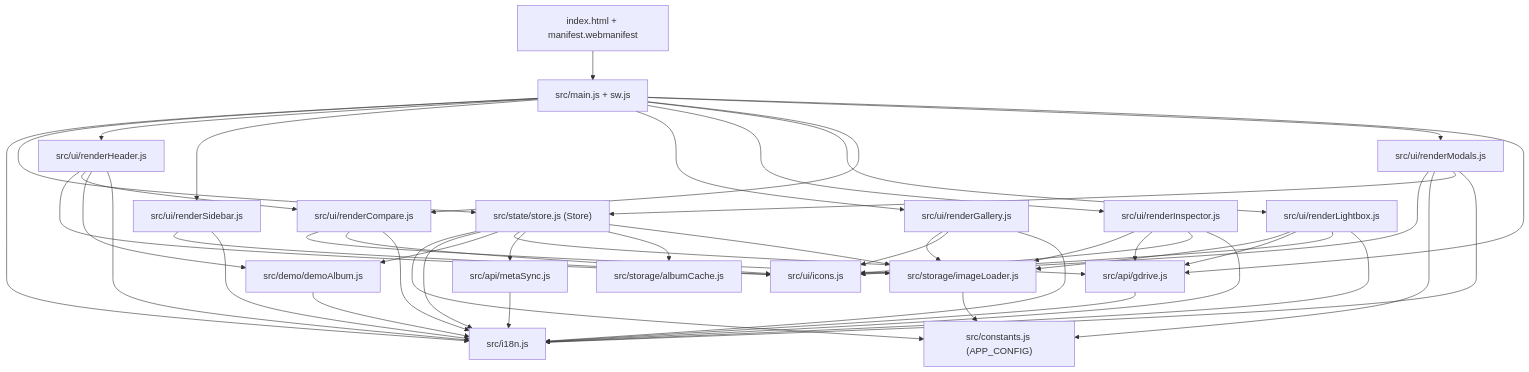
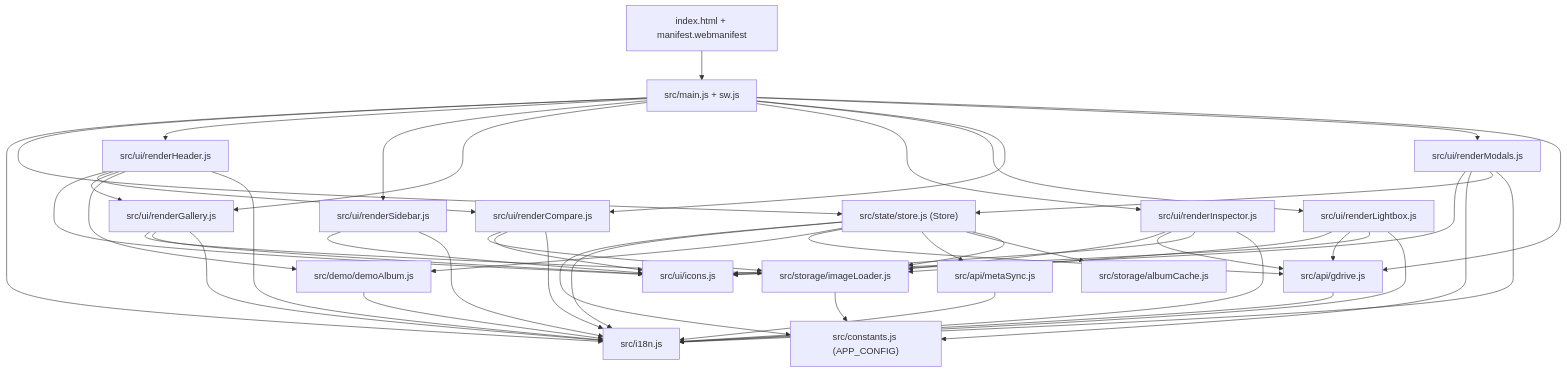
Before and after one commit to afs112/drivelens: the diagram in ARCHITECTURE.md, drawn with Mermaid. The commit also changed other lines of this file and 16 other files, not shown here.

````diff
--- a/ARCHITECTURE.md
+++ b/ARCHITECTURE.md
@@ -116,53 +116,54 @@
 ```mermaid
 flowchart TD
     HTML["index.html + manifest.webmanifest"] --> MAIN["src/main.js + sw.js"]
     MAIN --> I18N["src/i18n.js"]
     MAIN --> STORE["src/state/store.js (Store)"]
     MAIN --> UI_HDR["src/ui/renderHeader.js"]
     MAIN --> UI_SB["src/ui/renderSidebar.js"]
     MAIN --> UI_GAL["src/ui/renderGallery.js"]
     MAIN --> UI_INSP["src/ui/renderInspector.js"]
     MAIN --> UI_LB["src/ui/renderLightbox.js"]
     MAIN --> UI_CMP["src/ui/renderCompare.js"]
     MAIN --> UI_MOD["src/ui/renderModals.js"]
     MAIN --> API_GD["src/api/gdrive.js"]
 
     STORE --> CFG["src/constants.js (APP_CONFIG)"]
     STORE --> I18N
     STORE --> DEMO["src/demo/demoAlbum.js"]
     STORE --> API_GD
     STORE --> API_SYNC["src/api/metaSync.js"]
     STORE --> ACACHE["src/storage/albumCache.js"]
     STORE --> IMG["src/storage/imageLoader.js"]
 
     DEMO --> I18N
     API_GD --> I18N
     API_SYNC --> I18N
     IMG --> CFG
 
     UI_GAL --> IMG
     UI_INSP --> IMG
     UI_INSP --> API_GD
     UI_LB --> IMG
     UI_LB --> API_GD
     UI_CMP --> IMG
 
     UI_HDR --> ICONS["src/ui/icons.js"]
     UI_HDR --> UI_CMP
+    UI_HDR --> UI_GAL
     UI_HDR --> DEMO
     UI_HDR --> I18N
     UI_SB --> ICONS
     UI_SB --> I18N
     UI_GAL --> ICONS
     UI_GAL --> I18N
     UI_INSP --> ICONS
     UI_INSP --> I18N
     UI_LB --> ICONS
     UI_LB --> I18N
     UI_CMP --> ICONS
     UI_CMP --> I18N
     UI_MOD --> ICONS
     UI_MOD --> CFG
     UI_MOD --> STORE
     UI_MOD --> I18N
 ```
````
